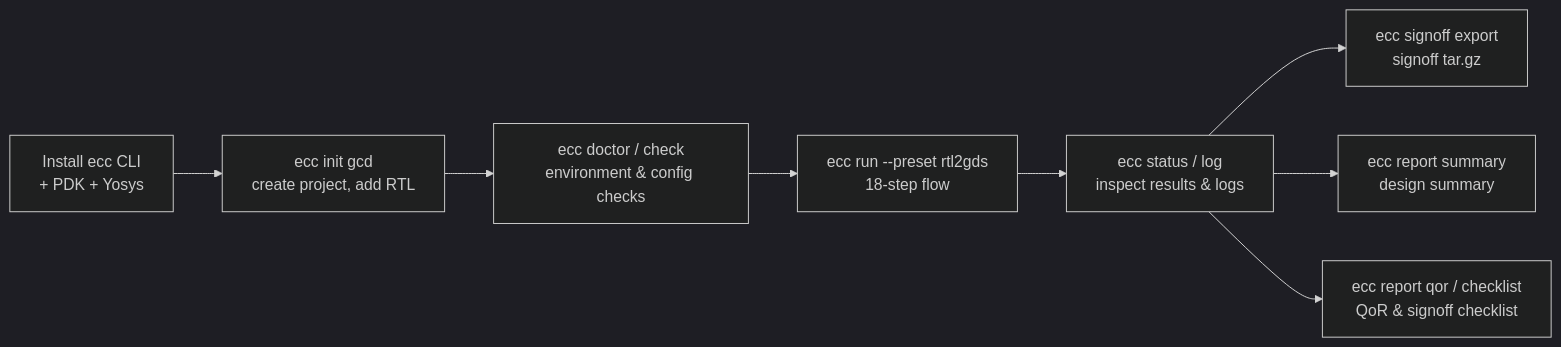
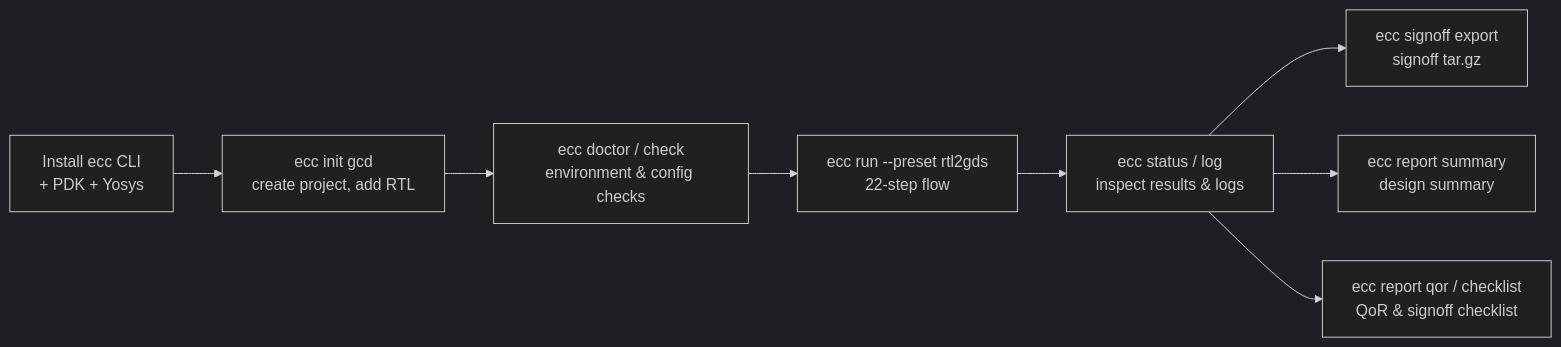
Before and after one commit to openecos-projects/ecc: the first of 2 diagrams in chipcompiler/docs/ecc-tutorial.en.md, drawn with Mermaid (dark theme). The commit also changed other lines of this file and 15 other files, not shown here.

Commit message:
docs(ecc): align guides with current CLI and flow contracts

````diff
--- a/chipcompiler/docs/ecc-tutorial.en.md
+++ b/chipcompiler/docs/ecc-tutorial.en.md
@@ -15,10 +15,10 @@
 ```mermaid
 graph LR
     A[Install ecc CLI<br/>+ PDK + Yosys] --> B[ecc init gcd<br/>create project, add RTL]
     B --> C[ecc doctor / check<br/>environment & config checks]
-    C --> D[ecc run --preset rtl2gds<br/>18-step flow]
+    C --> D[ecc run --preset rtl2gds<br/>22-step flow]
     D --> E[ecc status / log<br/>inspect results & logs]
     E --> F[ecc signoff export<br/>signoff tar.gz]
     E --> G[ecc report summary<br/>design summary]
     E --> H[ecc report qor / checklist<br/>QoR & signoff checklist]
 ```
````
